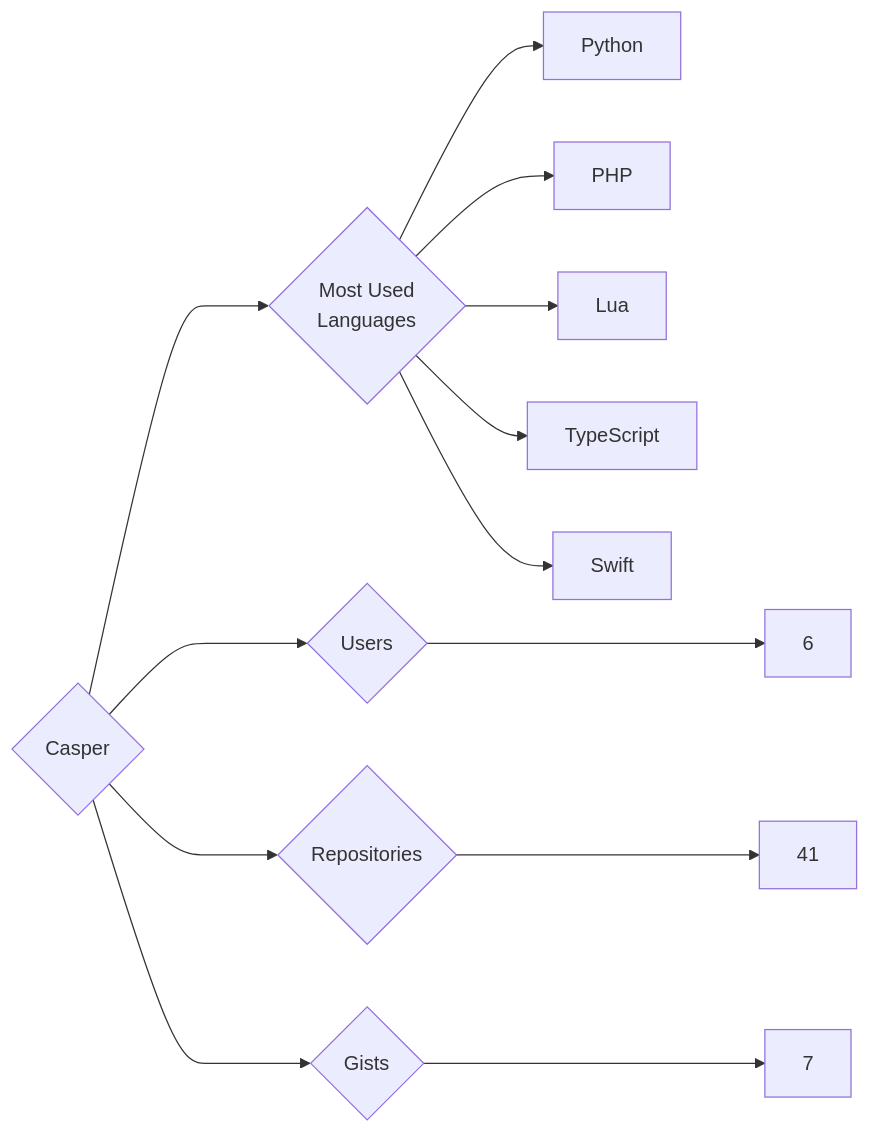
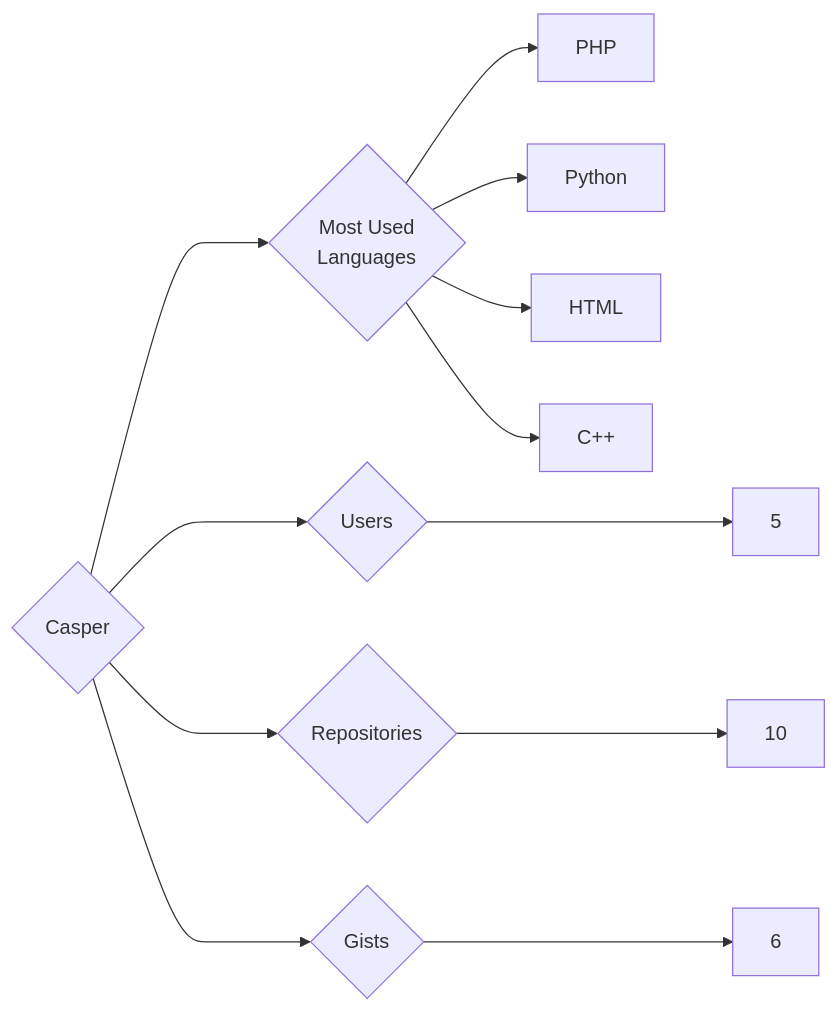
One commit to trickest/insiders changed the diagram in targets/Casper/README.md. Above: the diagram before and after it, drawn with Mermaid. The commit also changed 679 other files, not shown here.

````diff
--- a/targets/Casper/README.md
+++ b/targets/Casper/README.md
@@ -3,13 +3,12 @@
 ```mermaid
 graph LR
 COMPANY_NAME{Casper}
-COMPANY_NAME ---> U{Users} ---> UN[6]
-COMPANY_NAME ---> R{Repositories} ---> RN[41]
-COMPANY_NAME ---> G{Gists} ---> GN[7]
+COMPANY_NAME ---> U{Users} ---> UN[5]
+COMPANY_NAME ---> R{Repositories} ---> RN[10]
+COMPANY_NAME ---> G{Gists} ---> GN[6]
 COMPANY_NAME ---> ML{Most Used<br>Languages}
+ML --> PHP[PHP]
 ML --> Python[Python]
-ML --> PHP[PHP]
-ML --> Lua[Lua]
-ML --> TypeScript[TypeScript]
-ML --> Swift[Swift]
+ML --> HTML[HTML]
+ML --> C++[C++]
 ```
````
